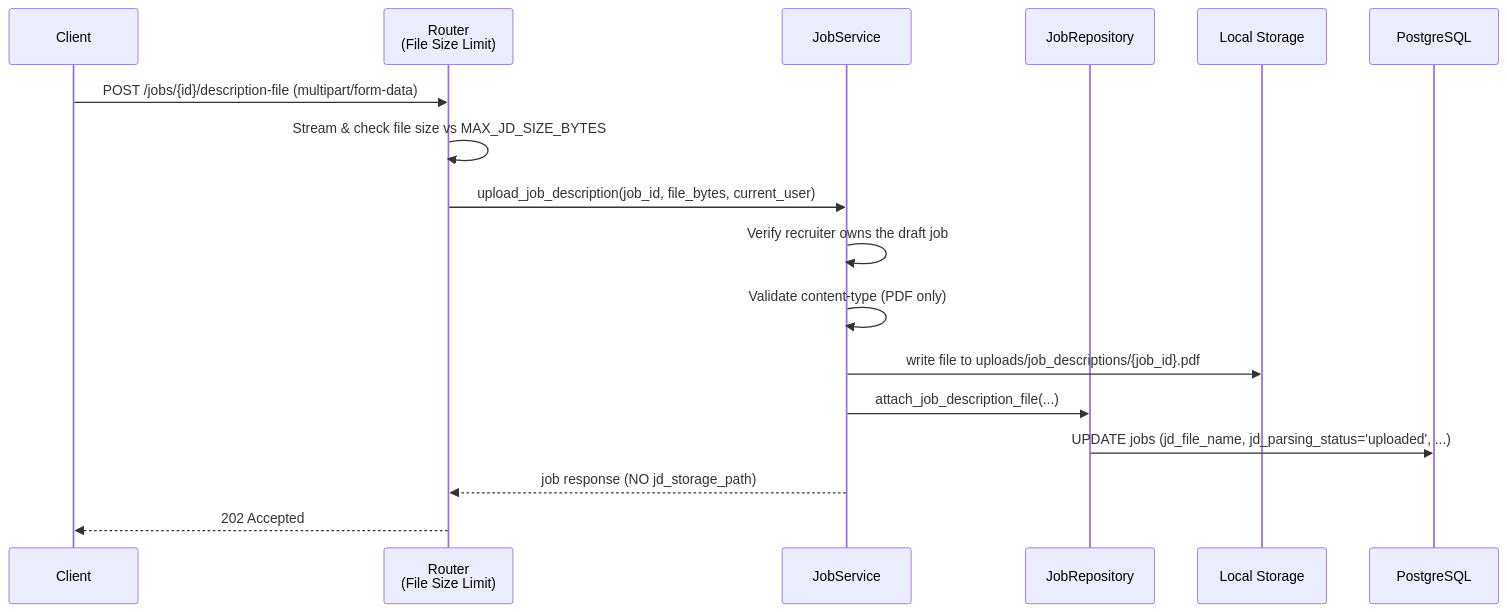
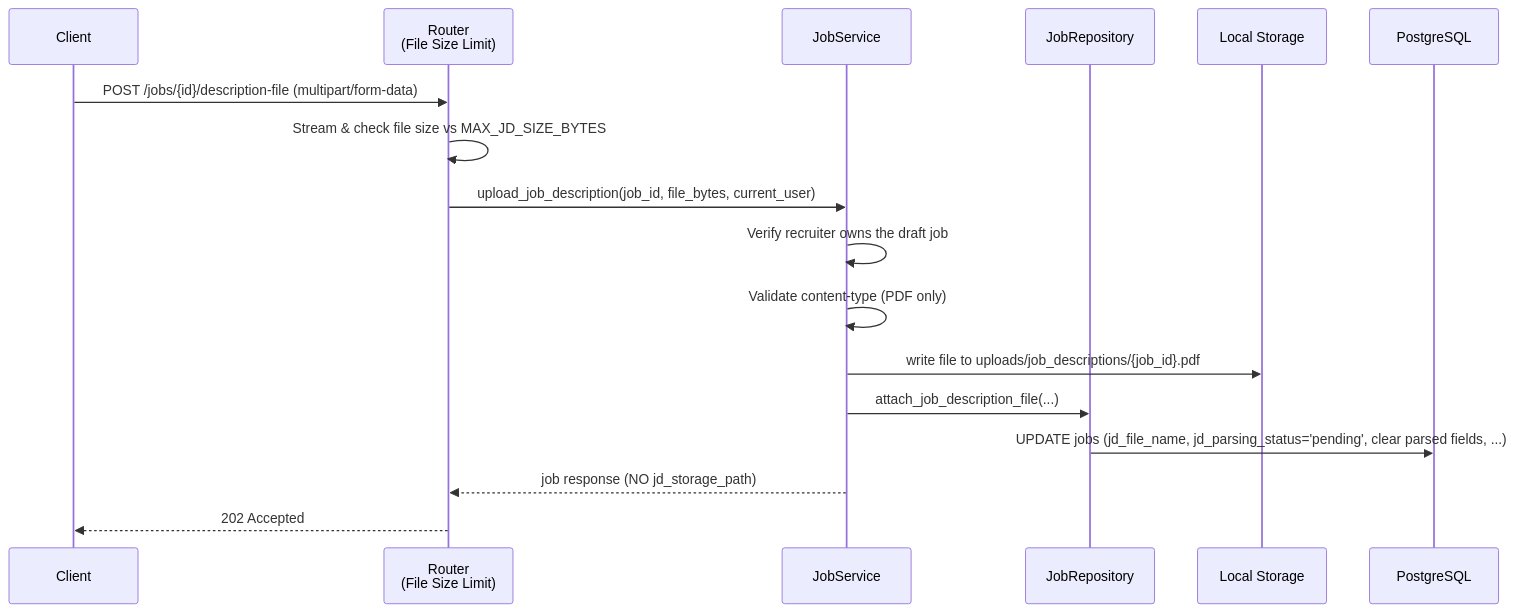
The third of 6 diagrams in docs/SERVICES.md (afnan-emumba/smart-hire), drawn with Mermaid before and after one commit. The commit also changed other lines of this file and 15 other files, not shown here.

````diff
--- a/docs/SERVICES.md
+++ b/docs/SERVICES.md
@@ -91,19 +93,19 @@
 ```mermaid
 sequenceDiagram
     participant Client
     participant Router as Router<br/>(File Size Limit)
     participant Service as JobService
     participant Repo as JobRepository
     participant Disk as Local Storage
     participant DB as PostgreSQL
     Client->>Router: POST /jobs/{id}/description-file (multipart/form-data)
     Router->>Router: Stream & check file size vs MAX_JD_SIZE_BYTES
     Router->>Service: upload_job_description(job_id, file_bytes, current_user)
     Service->>Service: Verify recruiter owns the draft job
     Service->>Service: Validate content-type (PDF only)
     Service->>Disk: write file to uploads/job_descriptions/{job_id}.pdf
     Service->>Repo: attach_job_description_file(...)
-    Repo->>DB: UPDATE jobs (jd_file_name, jd_parsing_status='uploaded', ...)
+    Repo->>DB: UPDATE jobs (jd_file_name, jd_parsing_status='pending', clear parsed fields, ...)
     Service-->>Router: job response (NO jd_storage_path)
     Router-->>Client: 202 Accepted
 ```
````
